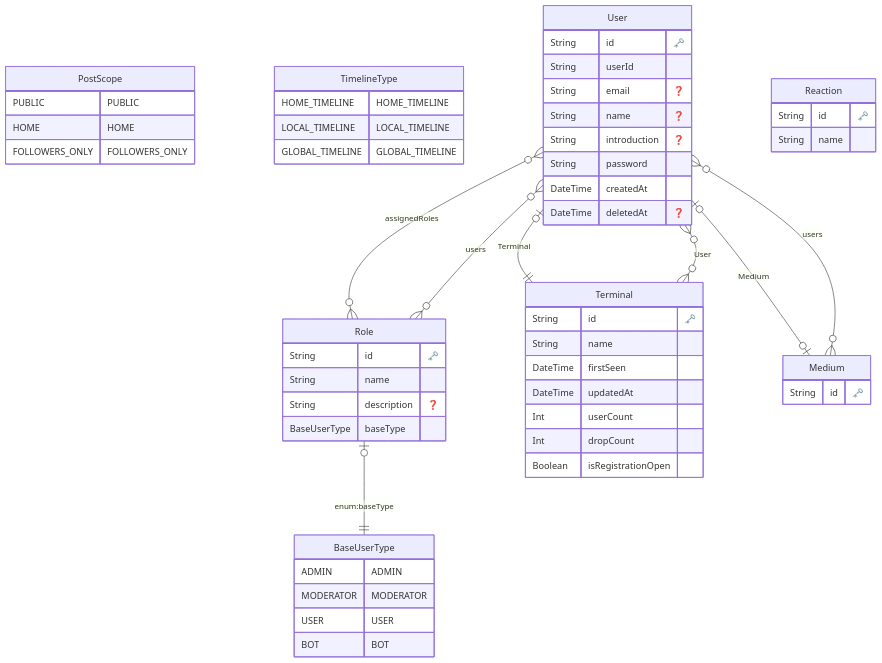
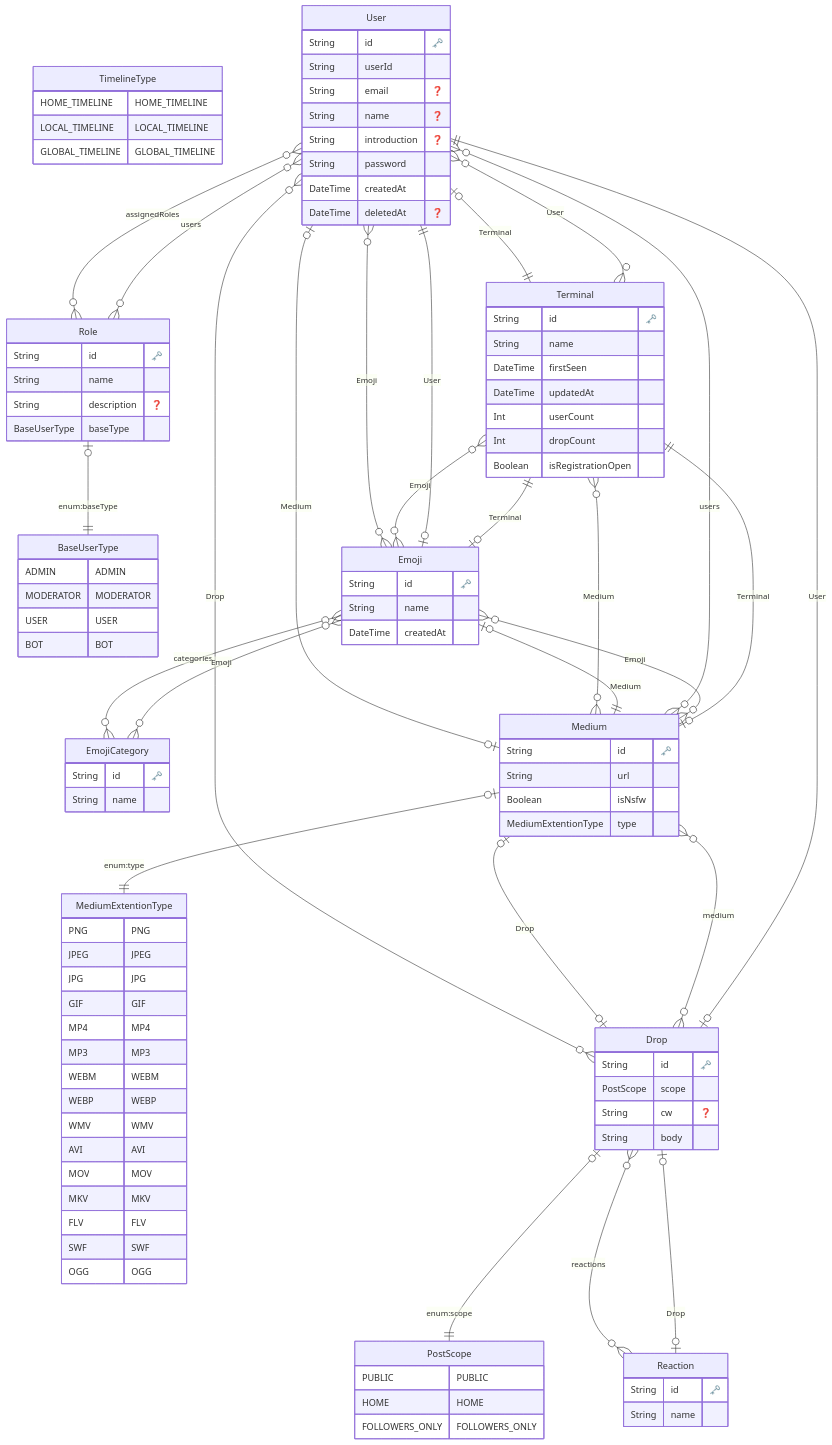
Before and after one commit to na2na-p/avion: the diagram in packages/db/dist/erd.md, drawn with Mermaid. The commit also changed 1 other file, not shown here.

Commit message:
DBエンティティ追加
- Drop
- Reaction
- Emoji
- Medium
- MediumExtentionType

````diff
--- a/packages/db/dist/erd.md
+++ b/packages/db/dist/erd.md
@@ -24,6 +24,26 @@
 GLOBAL_TIMELINE GLOBAL_TIMELINE
         }
     
+
+
+        MediumExtentionType {
+            PNG PNG
+JPEG JPEG
+JPG JPG
+GIF GIF
+MP4 MP4
+MP3 MP3
+WEBM WEBM
+WEBP WEBP
+WMV WMV
+AVI AVI
+MOV MOV
+MKV MKV
+FLV FLV
+SWF SWF
+OGG OGG
+        }
+    
   "User" {
     String id "🗝️"
     String userId 
@@ -33,6 +53,14 @@
     String password 
     DateTime createdAt 
     DateTime deletedAt "❓"
+    }
+  
+
+  "Drop" {
+    String id "🗝️"
+    PostScope scope 
+    String cw "❓"
+    String body 
     }
   
 
@@ -61,15 +89,49 @@
     }
   
 
+  "Emoji" {
+    String id "🗝️"
+    String name 
+    DateTime createdAt 
+    }
+  
+
+  "EmojiCategory" {
+    String id "🗝️"
+    String name 
+    }
+  
+
   "Medium" {
     String id "🗝️"
+    String url 
+    Boolean isNsfw 
+    MediumExtentionType type 
     }
   
     "User" o|--|| "Terminal" : "Terminal"
     "User" o|--|o "Medium" : "Medium"
     "User" o{--}o "Role" : "assignedRoles"
+    "User" o{--}o "Drop" : "Drop"
+    "User" o{--}o "Emoji" : "Emoji"
+    "Drop" o|--|| "PostScope" : "enum:scope"
+    "Drop" o{--}o "Medium" : "medium"
+    "Drop" o{--}o "Reaction" : "reactions"
+    "Drop" o|--|| "User" : "User"
     "Role" o|--|| "BaseUserType" : "enum:baseType"
     "Role" o{--}o "User" : "users"
     "Terminal" o{--}o "User" : "User"
+    "Terminal" o{--}o "Emoji" : "Emoji"
+    "Terminal" o{--}o "Medium" : "Medium"
+    "Reaction" o|--|o "Drop" : "Drop"
+    "Emoji" o{--}o "EmojiCategory" : "categories"
+    "Emoji" o|--|| "User" : "User"
+    "Emoji" o|--|| "Medium" : "Medium"
+    "Emoji" o|--|| "Terminal" : "Terminal"
+    "EmojiCategory" o{--}o "Emoji" : "Emoji"
     "Medium" o{--}o "User" : "users"
+    "Medium" o|--|| "MediumExtentionType" : "enum:type"
+    "Medium" o{--}o "Emoji" : "Emoji"
+    "Medium" o|--|| "Terminal" : "Terminal"
+    "Medium" o|--|o "Drop" : "Drop"
 ```
````
